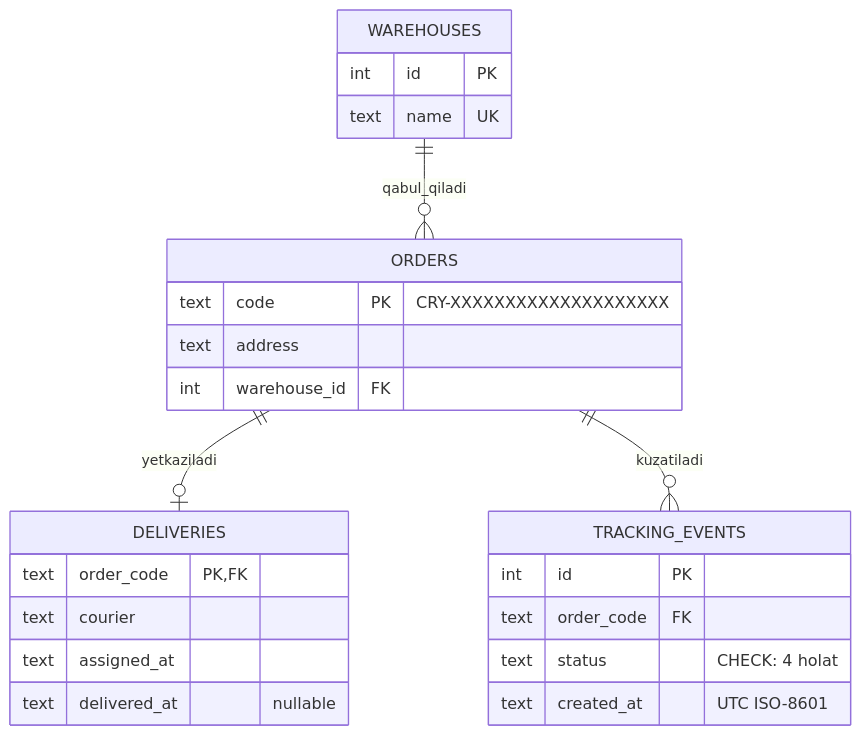
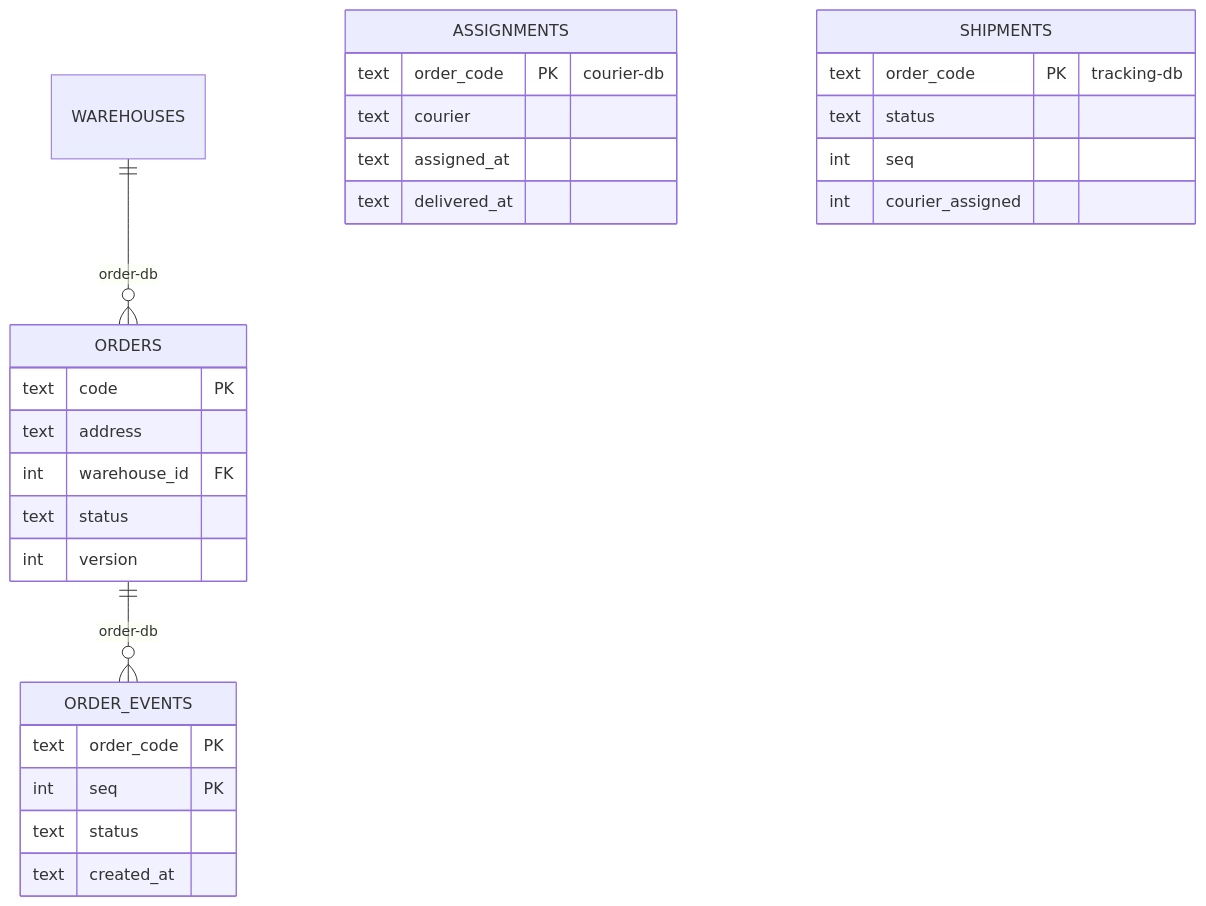
Before and after one commit to IftixorRustamov/devops_task: the fourth of 5 diagrams in docs/architecture.md, drawn with Mermaid. The commit also changed other lines of this file and 4 other files, not shown here.

````diff
--- a/docs/architecture.md
+++ b/docs/architecture.md
@@ -60,27 +127,30 @@
 ```mermaid
 erDiagram
-    WAREHOUSES ||--o{ ORDERS : qabul_qiladi
-    ORDERS ||--o| DELIVERIES : yetkaziladi
-    ORDERS ||--o{ TRACKING_EVENTS : kuzatiladi
-    WAREHOUSES {
-        int id PK
-        text name UK
+    WAREHOUSES ||--o{ ORDERS : "order-db"
+    ORDERS ||--o{ ORDER_EVENTS : "order-db"
+    ASSIGNMENTS {
+        text order_code PK "courier-db"
+        text courier
+        text assigned_at
+        text delivered_at
+    }
+    SHIPMENTS {
+        text order_code PK "tracking-db"
+        text status
+        int seq
+        int courier_assigned
     }
     ORDERS {
-        text code PK "CRY-XXXXXXXXXXXXXXXXXXXX"
+        text code PK
         text address
         int warehouse_id FK
+        text status
+        int version
     }
-    DELIVERIES {
-        text order_code PK,FK
-        text courier
-        text assigned_at
-        text delivered_at "nullable"
-    }
-    TRACKING_EVENTS {
-        int id PK
-        text order_code FK
-        text status "CHECK: 4 holat"
-        text created_at "UTC ISO-8601"
+    ORDER_EVENTS {
+        text order_code PK
+        int seq PK
+        text status
+        text created_at
     }
 ```
````
